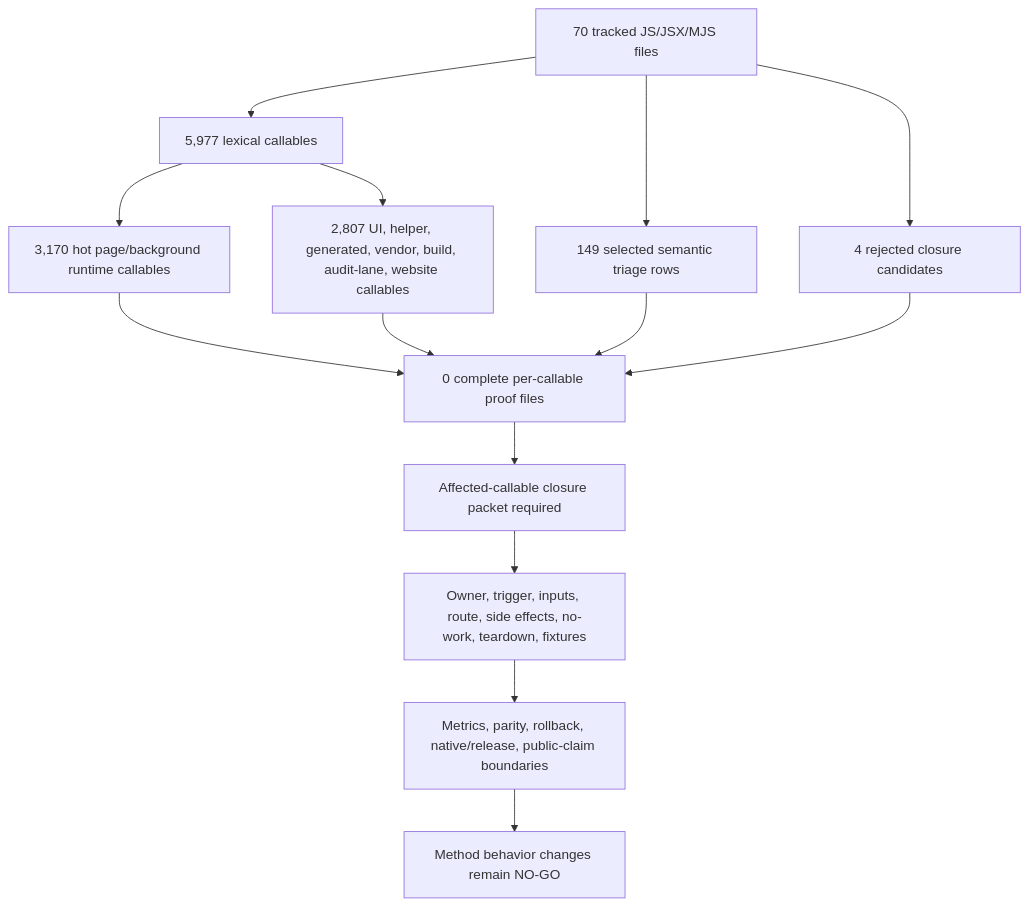
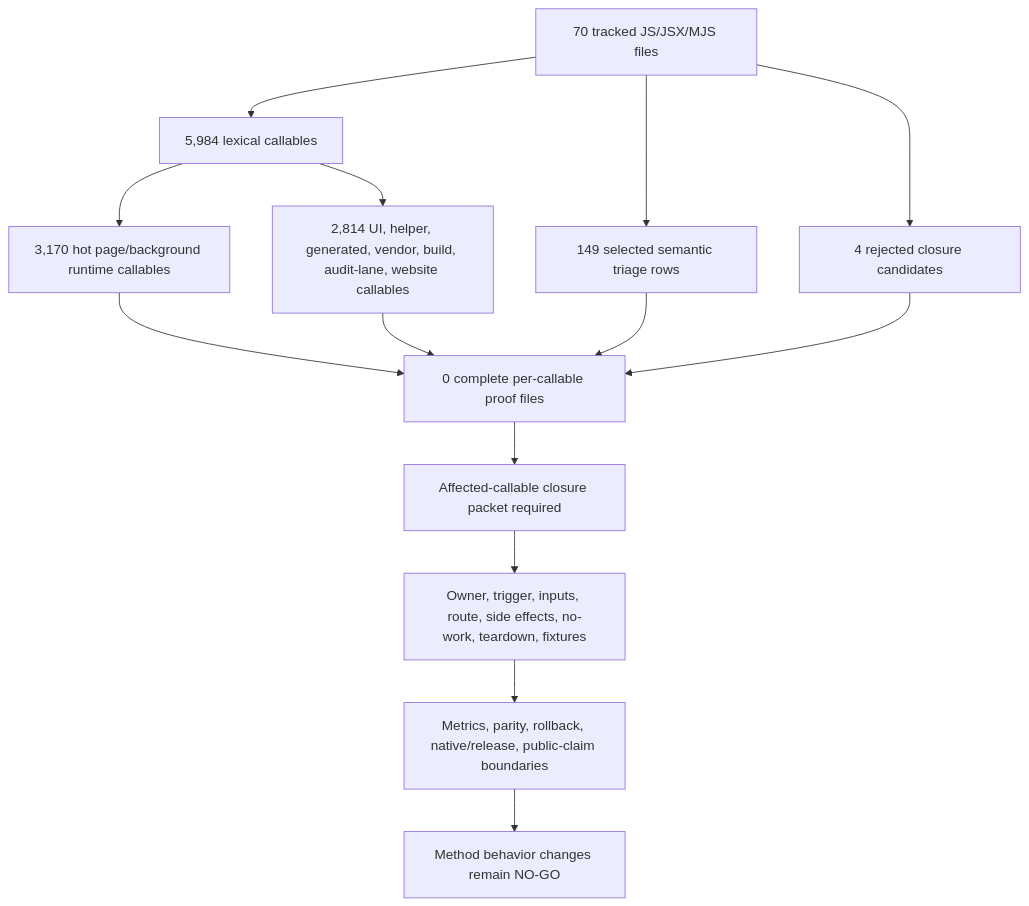
The first of 2 diagrams in docs/audit/FILTERTUBE_METHOD_SEMANTIC_PROOF_GAP_INDEX_CURRENT_BEHAVIOR_2026-05-25.md (varshneydevansh/FilterTube), drawn with Mermaid before and after one commit. The commit also changed other lines of this file and 45 other files, not shown here.

````diff
--- a/docs/audit/FILTERTUBE_METHOD_SEMANTIC_PROOF_GAP_INDEX_CURRENT_BEHAVIOR_2026-05-25.md
+++ b/docs/audit/FILTERTUBE_METHOD_SEMANTIC_PROOF_GAP_INDEX_CURRENT_BEHAVIOR_2026-05-25.md
@@ -147,16 +147,16 @@
 ```mermaid
 flowchart TD
-  A["70 tracked JS/JSX/MJS files"] --> B["5,977 lexical callables"]
+  A["70 tracked JS/JSX/MJS files"] --> B["5,984 lexical callables"]
   B --> C["3,170 hot page/background runtime callables"]
-  B --> D["2,807 UI, helper, generated, vendor, build, audit-lane, website callables"]
+  B --> D["2,814 UI, helper, generated, vendor, build, audit-lane, website callables"]
   A --> E["149 selected semantic triage rows"]
   A --> F["4 rejected closure candidates"]
   C --> G["0 complete per-callable proof files"]
   D --> G
   E --> G
   F --> G
   G --> H["Affected-callable closure packet required"]
   H --> I["Owner, trigger, inputs, route, side effects, no-work, teardown, fixtures"]
   I --> J["Metrics, parity, rollback, native/release, public-claim boundaries"]
   J --> K["Method behavior changes remain NO-GO"]
 ```
````
